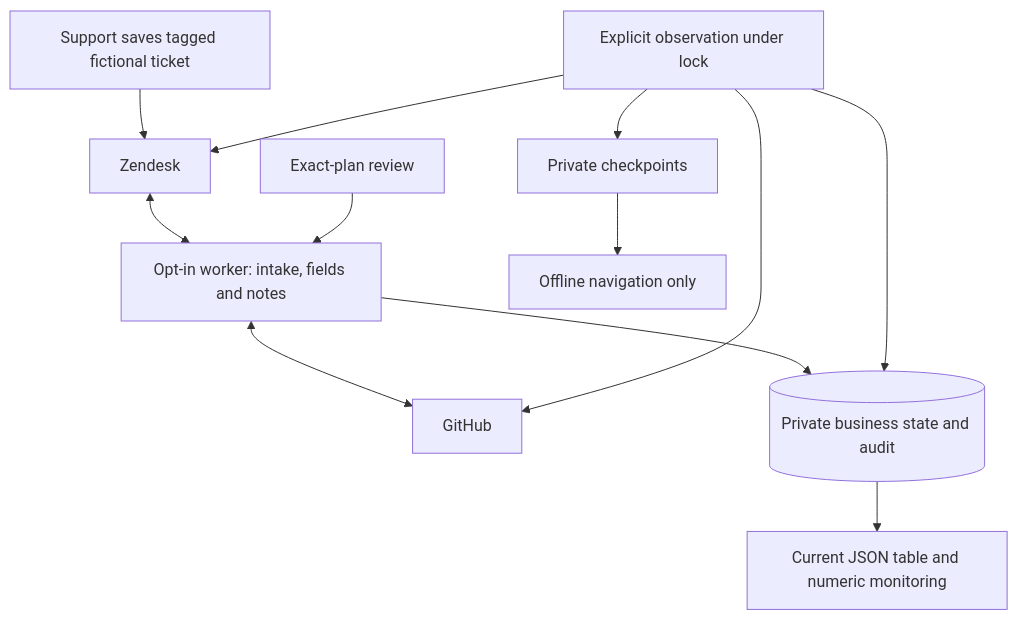
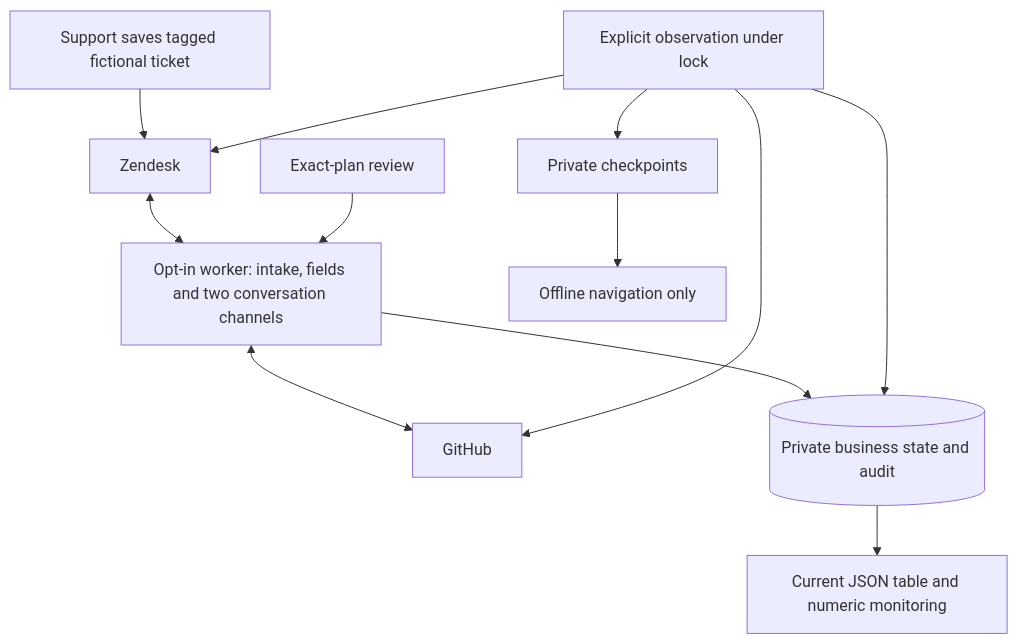
One commit to AlbertFlorescu/support-bridge changed the diagram in docs/LIVE_DEMO.md. Above: the diagram before and after it, drawn with Mermaid. The commit also changed other lines of this file and 72 other files, not shown here.

````diff
--- a/docs/LIVE_DEMO.md
+++ b/docs/LIVE_DEMO.md
@@ -32,14 +26,14 @@
 ```mermaid
 flowchart TB
     Support["Support saves tagged fictional ticket"] --> ZD["Zendesk"]
-    ZD <--> Workflow["Opt-in worker: intake, fields and notes"]
+    ZD <--> Workflow["Opt-in worker: intake, fields and two conversation channels"]
     Workflow <--> GH["GitHub"]
     Operator["Exact-plan review"] --> Workflow
     Workflow --> State[("Private business state and audit")]
     State --> Monitoring["Current JSON table and numeric monitoring"]
     Capture["Explicit observation under lock"] --> State
     Capture --> ZD
     Capture --> GH
     Capture --> Evidence["Private checkpoints"]
     Evidence --> Replay["Offline navigation only"]
 ```
````
